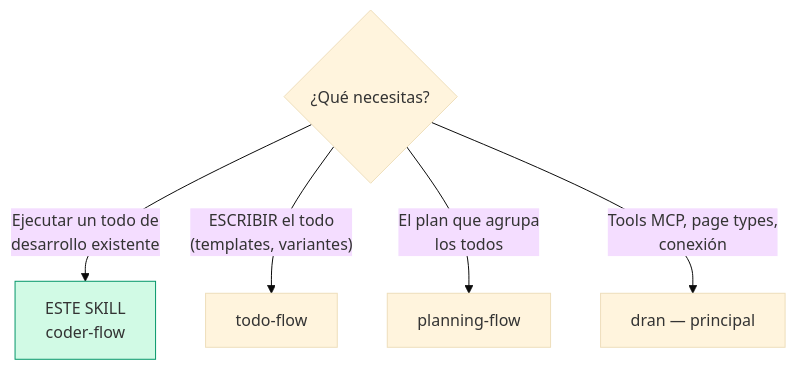
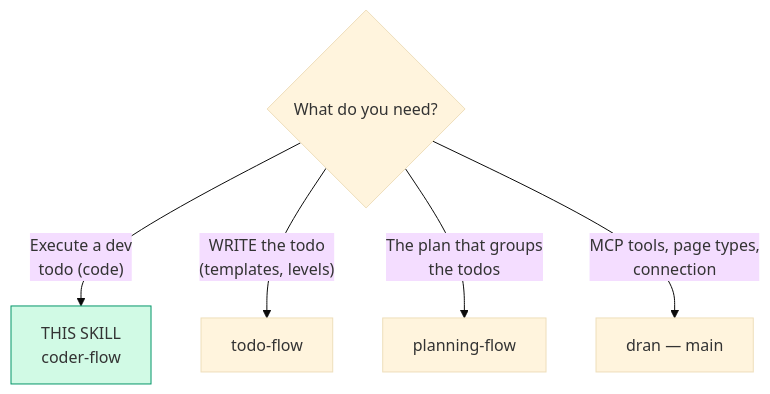
Before and after one commit to alvarolizama/dran: the first of 2 diagrams in skills/coder-flow/SKILL.md, drawn with Mermaid (base theme). The commit also changed other lines of this file and 11 other files, not shown here.

Commit message:
feat: traducir skills de dran al inglés (9 flows + dran + references)

````diff
--- a/skills/coder-flow/SKILL.md
+++ b/skills/coder-flow/SKILL.md
@@ -21,9 +37,9 @@
 ```mermaid
 flowchart TD
-  Q{¿Qué necesitas?} -->|"Ejecutar un todo de\ndesarrollo existente"| SELF["ESTE SKILL\ncoder-flow"]
-  Q -->|"ESCRIBIR el todo\n(templates, variantes)"| TF[todo-flow]
-  Q -->|"El plan que agrupa\nlos todos"| PLF[planning-flow]
-  Q -->|"Tools MCP, page types,\nconexión"| D[dran — principal]
+  Q{What do you need?} -->|"Execute a dev\ntodo (code)"| SELF["THIS SKILL\ncoder-flow"]
+  Q -->|"WRITE the todo\n(templates, levels)"| TF[todo-flow]
+  Q -->|"The plan that groups\nthe todos"| PLF[planning-flow]
+  Q -->|"MCP tools, page types,\nconnection"| D[dran — main]
 
   style SELF fill:#d1fae5,stroke:#059669
 ```
````
